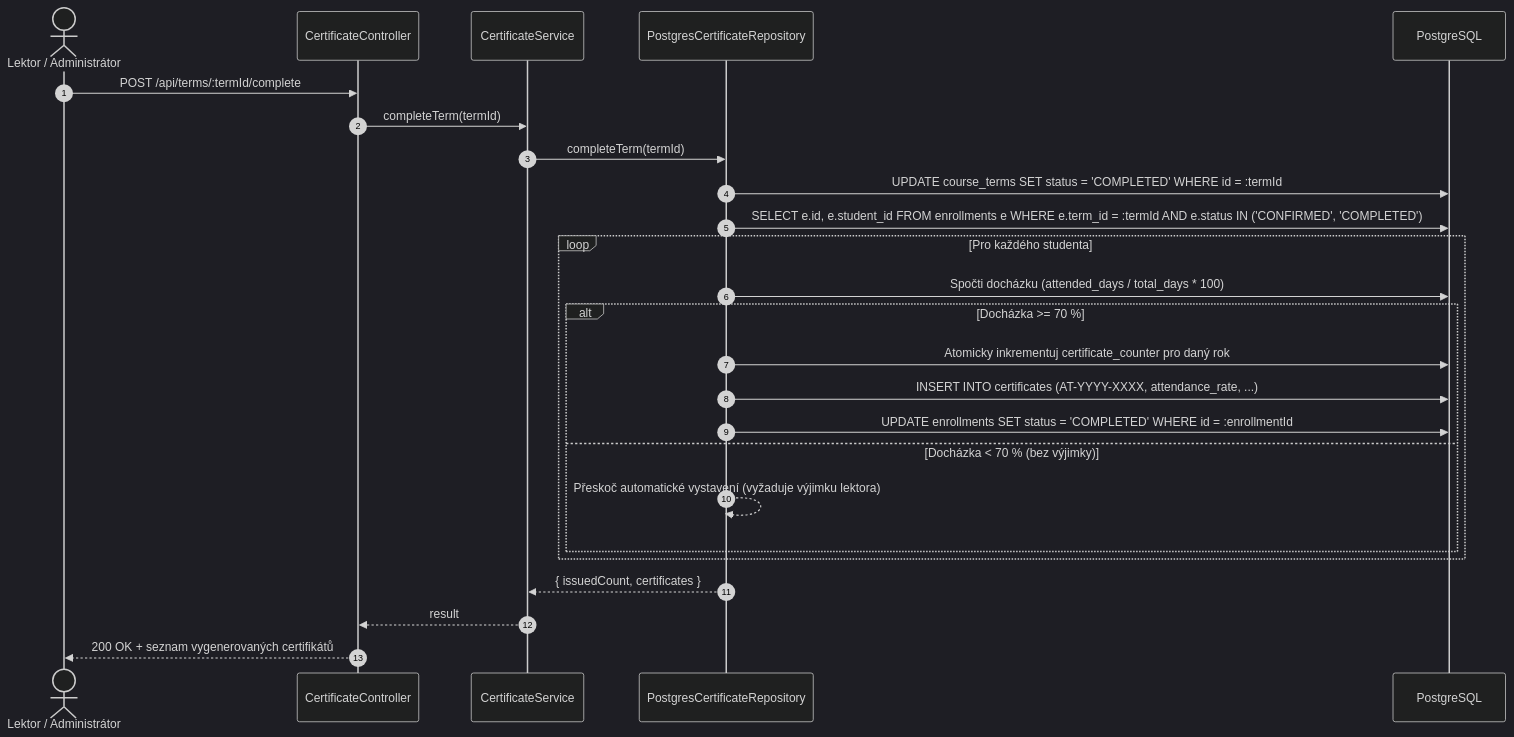
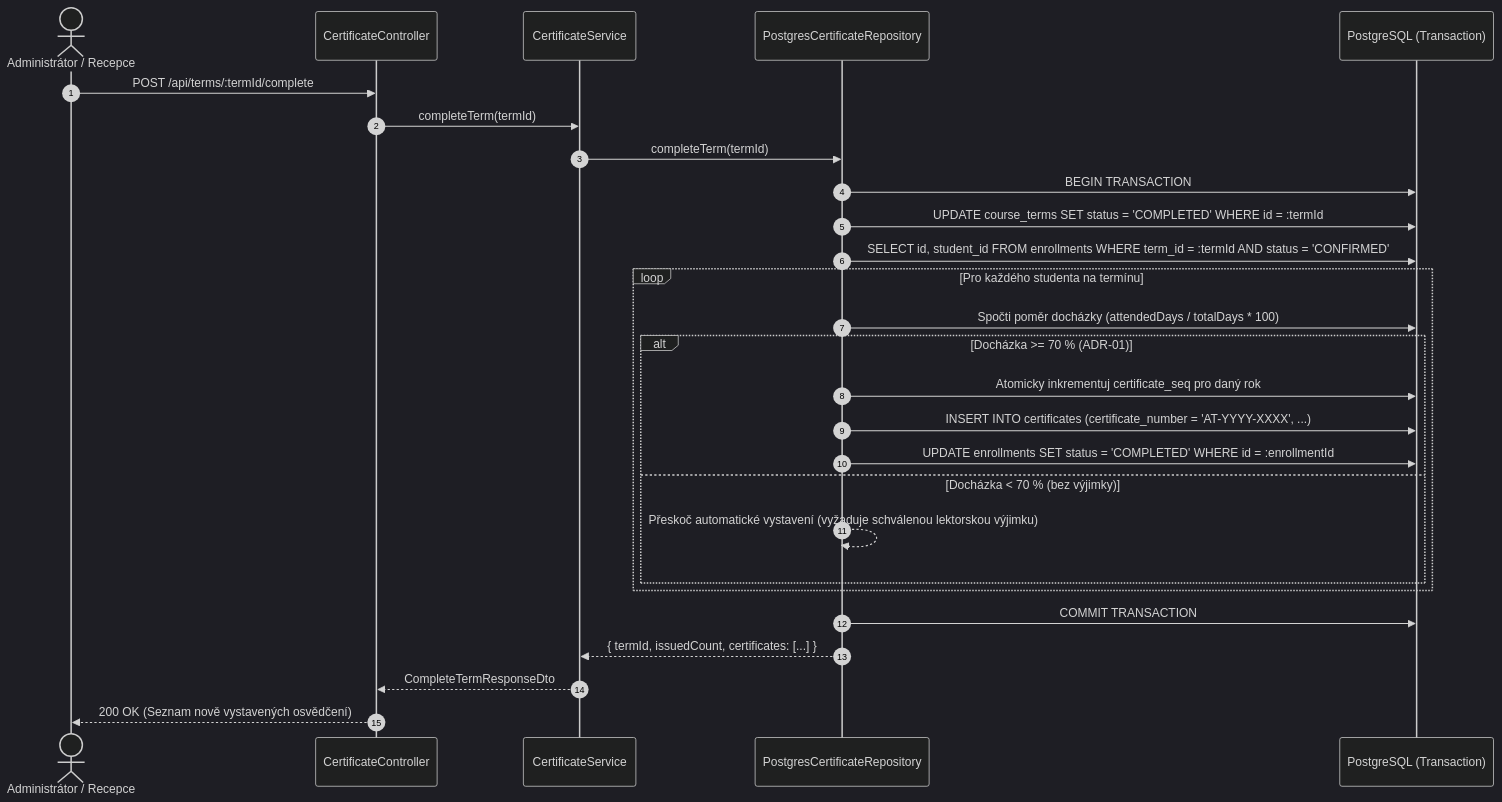
The fourth of 5 diagrams in README.md (sifalma1/PPRO2026), drawn with Mermaid (dark theme) before and after one commit. The commit also changed other lines of this file and 17 other files, not shown here.

````diff
--- a/README.md
+++ b/README.md
@@ -227,28 +386,32 @@
 ```mermaid
 sequenceDiagram
     autonumber
-    actor Admin as Lektor / Administrátor
-    participant Controller as CertificateController
-    participant Service as CertificateService
-    participant Repo as PostgresCertificateRepository
-    participant DB as PostgreSQL
+    actor Admin as Administrátor / Recepce
+    participant CertCtrl as CertificateController
+    participant CertSvc as CertificateService
+    participant CertRepo as PostgresCertificateRepository
+    participant DB as PostgreSQL (Transaction)
 
-    Admin->>Controller: POST /api/terms/:termId/complete
-    Controller->>Service: completeTerm(termId)
-    Service->>Repo: completeTerm(termId)
-    Repo->>DB: UPDATE course_terms SET status = 'COMPLETED' WHERE id = :termId
-    Repo->>DB: SELECT e.id, e.student_id FROM enrollments e WHERE e.term_id = :termId AND e.status IN ('CONFIRMED', 'COMPLETED')
-    loop Pro každého studenta
-        Repo->>DB: Spočti docházku (attended_days / total_days * 100)
-        alt Docházka >= 70 %
-            Repo->>DB: Atomicky inkrementuj certificate_counter pro daný rok
-            Repo->>DB: INSERT INTO certificates (AT-YYYY-XXXX, attendance_rate, ...)
-            Repo->>DB: UPDATE enrollments SET status = 'COMPLETED' WHERE id = :enrollmentId
+    Admin->>CertCtrl: POST /api/terms/:termId/complete
+    CertCtrl->>CertSvc: completeTerm(termId)
+    CertSvc->>CertRepo: completeTerm(termId)
+    CertRepo->>DB: BEGIN TRANSACTION
+    CertRepo->>DB: UPDATE course_terms SET status = 'COMPLETED' WHERE id = :termId
+    CertRepo->>DB: SELECT id, student_id FROM enrollments WHERE term_id = :termId AND status = 'CONFIRMED'
+
+    loop Pro každého studenta na termínu
+        CertRepo->>DB: Spočti poměr docházky (attendedDays / totalDays * 100)
+        alt Docházka >= 70 % (ADR-01)
+            CertRepo->>DB: Atomicky inkrementuj certificate_seq pro daný rok
+            CertRepo->>DB: INSERT INTO certificates (certificate_number = 'AT-YYYY-XXXX', ...)
+            CertRepo->>DB: UPDATE enrollments SET status = 'COMPLETED' WHERE id = :enrollmentId
         else Docházka < 70 % (bez výjimky)
-            Repo-->>Repo: Přeskoč automatické vystavení (vyžaduje výjimku lektora)
+            CertRepo-->>CertRepo: Přeskoč automatické vystavení (vyžaduje schválenou lektorskou výjimku)
         end
     end
-    Repo-->>Service: { issuedCount, certificates }
-    Service-->>Controller: result
-    Controller-->>Admin: 200 OK + seznam vygenerovaných certifikátů
+
+    CertRepo->>DB: COMMIT TRANSACTION
+    CertRepo-->>CertSvc: { termId, issuedCount, certificates: [...] }
+    CertSvc-->>CertCtrl: CompleteTermResponseDto
+    CertCtrl-->>Admin: 200 OK (Seznam nově vystavených osvědčení)
 ```
````
